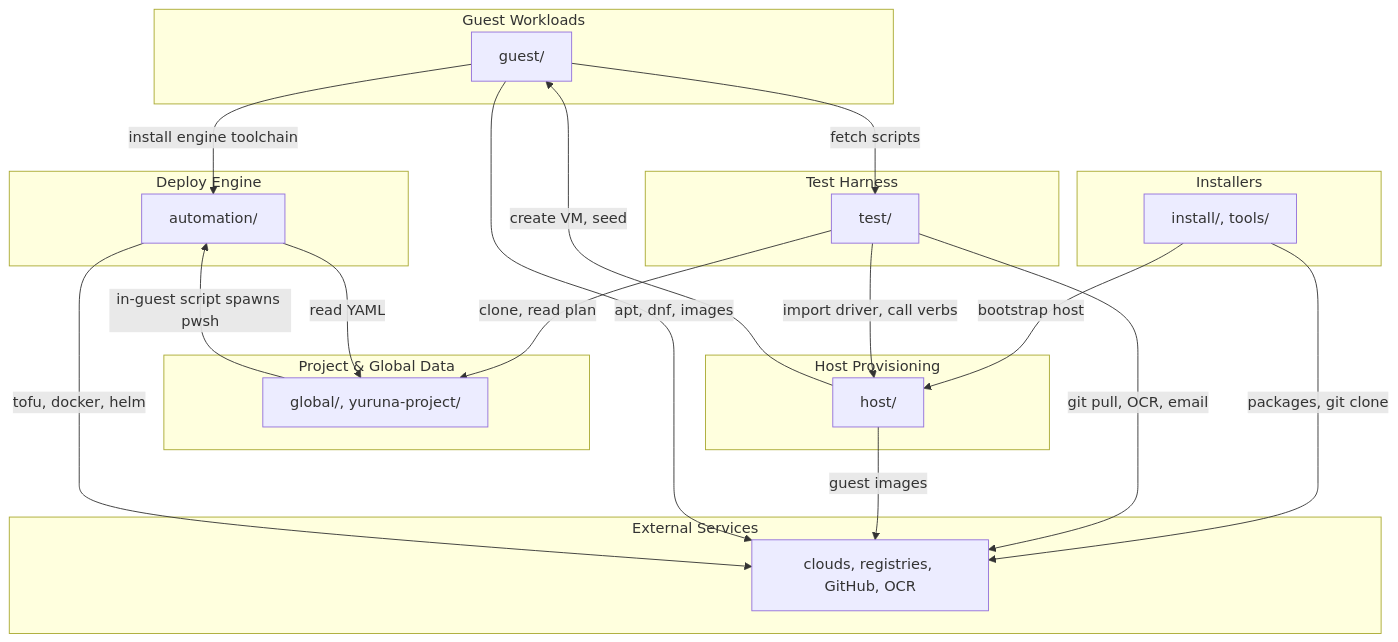
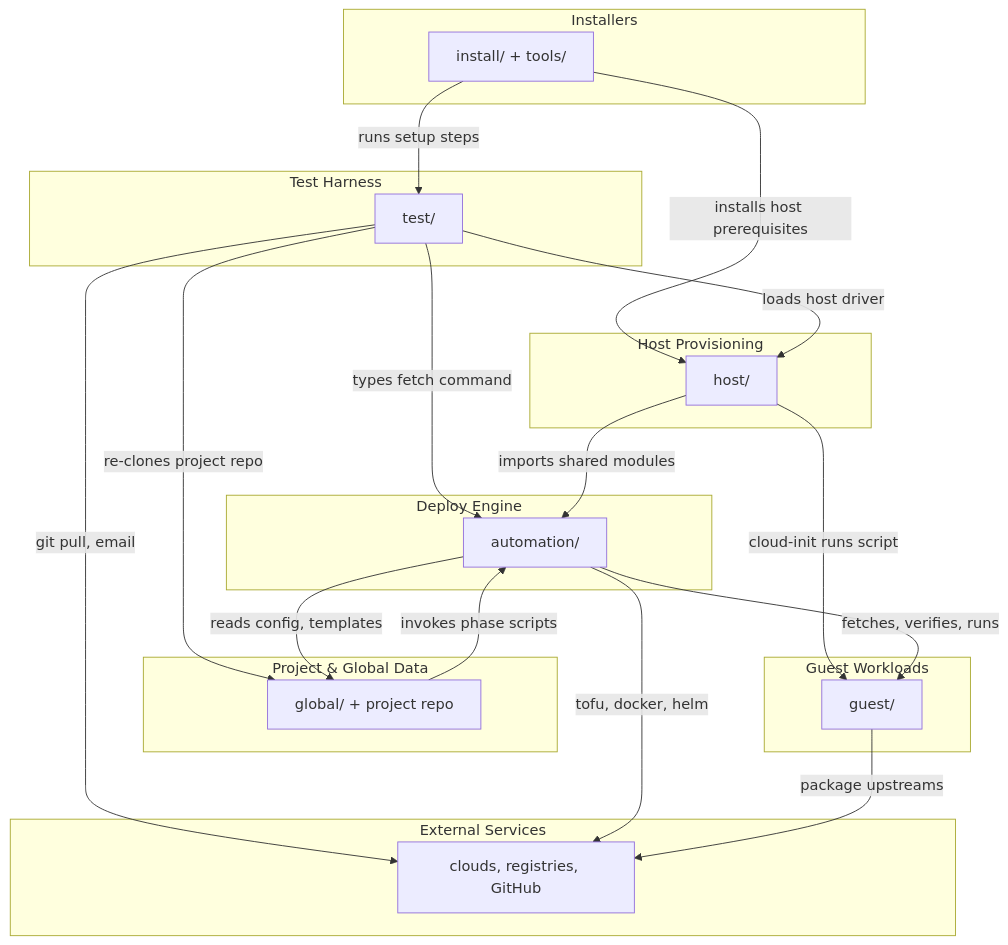
One commit to alissonsol/yuruna changed the diagram in docs/design/01-context-and-components.md. Above: the diagram before and after it, drawn with Mermaid. The commit also changed other lines of this file and 635 other files, not shown here.

````diff
--- a/docs/design/01-context-and-components.md
+++ b/docs/design/01-context-and-components.md
@@ -23,38 +40,38 @@
 ```mermaid
 flowchart TD
-    subgraph automation[Deploy Engine]
-        deploy-engine[automation/]
-    end
-    subgraph project-global["Project & Global Data"]
-        project-data[global/, yuruna-project/]
-    end
-    subgraph guest[Guest Workloads]
-        guest-workloads[guest/]
-    end
-    subgraph host[Host Provisioning]
-        host-provisioning[host/]
-    end
-    subgraph install[Installers]
-        installers[install/, tools/]
-    end
-    subgraph test[Test Harness]
-        test-harness[test/]
-    end
-    subgraph external[External Services]
-        external-services[clouds, registries, GitHub, OCR]
-    end
+  subgraph deploy-engine["Deploy Engine"]
+    automation["automation/"]
+  end
+  subgraph project-data["Project & Global Data"]
+    project-trees["global/ + project repo"]
+  end
+  subgraph guest-workloads["Guest Workloads"]
+    guest-scripts["guest/"]
+  end
+  subgraph host-provisioning["Host Provisioning"]
+    host-drivers["host/"]
+  end
+  subgraph installers["Installers"]
+    install-tools["install/ + tools/"]
+  end
+  subgraph test-harness["Test Harness"]
+    test-tree["test/"]
+  end
+  subgraph external-services["External Services"]
+    external-endpoints["clouds, registries, GitHub"]
+  end
 
-    installers -->|bootstrap host| host-provisioning
-    installers -->|packages, git clone| external-services
-    test-harness -->|import driver, call verbs| host-provisioning
-    test-harness -->|clone, read plan| project-data
-    test-harness -->|git pull, OCR, email| external-services
-    host-provisioning -->|create VM, seed| guest-workloads
-    host-provisioning -->|guest images| external-services
-    guest-workloads -->|fetch scripts| test-harness
-    guest-workloads -->|install engine toolchain| deploy-engine
-    guest-workloads -->|apt, dnf, images| external-services
-    project-data -->|in-guest script spawns pwsh| deploy-engine
-    deploy-engine -->|read YAML| project-data
-    deploy-engine -->|tofu, docker, helm| external-services
+  install-tools -->|"installs host prerequisites"| host-drivers
+  install-tools -->|"runs setup steps"| test-tree
+  test-tree -->|"loads host driver"| host-drivers
+  test-tree -->|"re-clones project repo"| project-trees
+  test-tree -->|"types fetch command"| automation
+  test-tree -->|"git pull, email"| external-endpoints
+  host-drivers -->|"imports shared modules"| automation
+  host-drivers -->|"cloud-init runs script"| guest-scripts
+  automation -->|"fetches, verifies, runs"| guest-scripts
+  automation -->|"reads config, templates"| project-trees
+  project-trees -->|"invokes phase scripts"| automation
+  automation -->|"tofu, docker, helm"| external-endpoints
+  guest-scripts -->|"package upstreams"| external-endpoints
 ```
````
